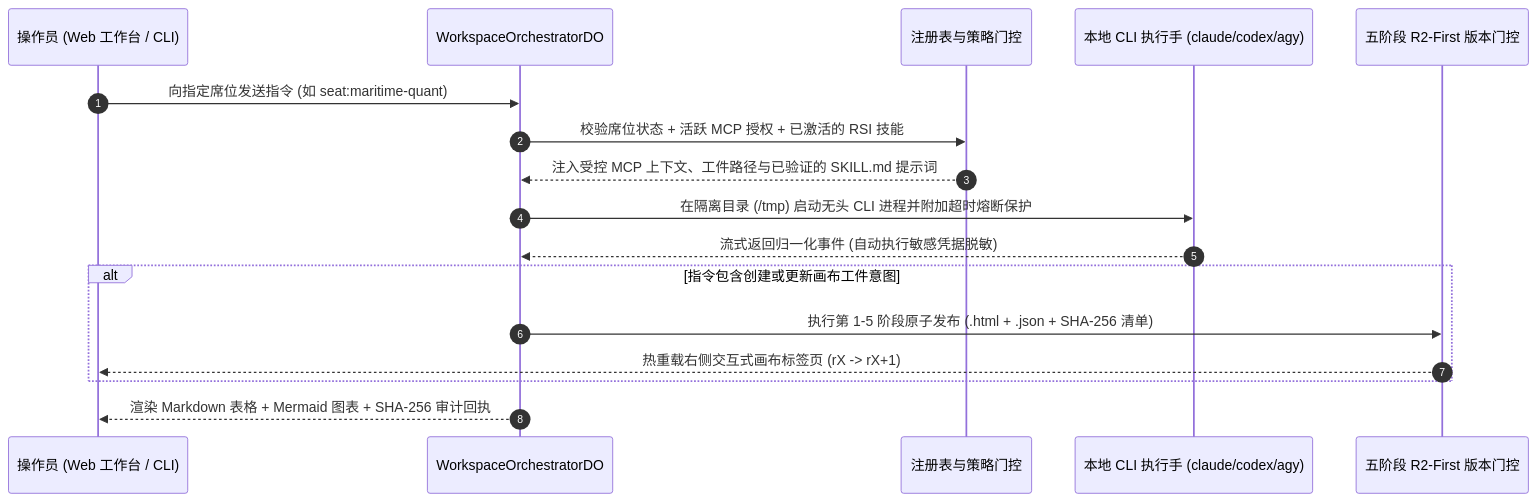
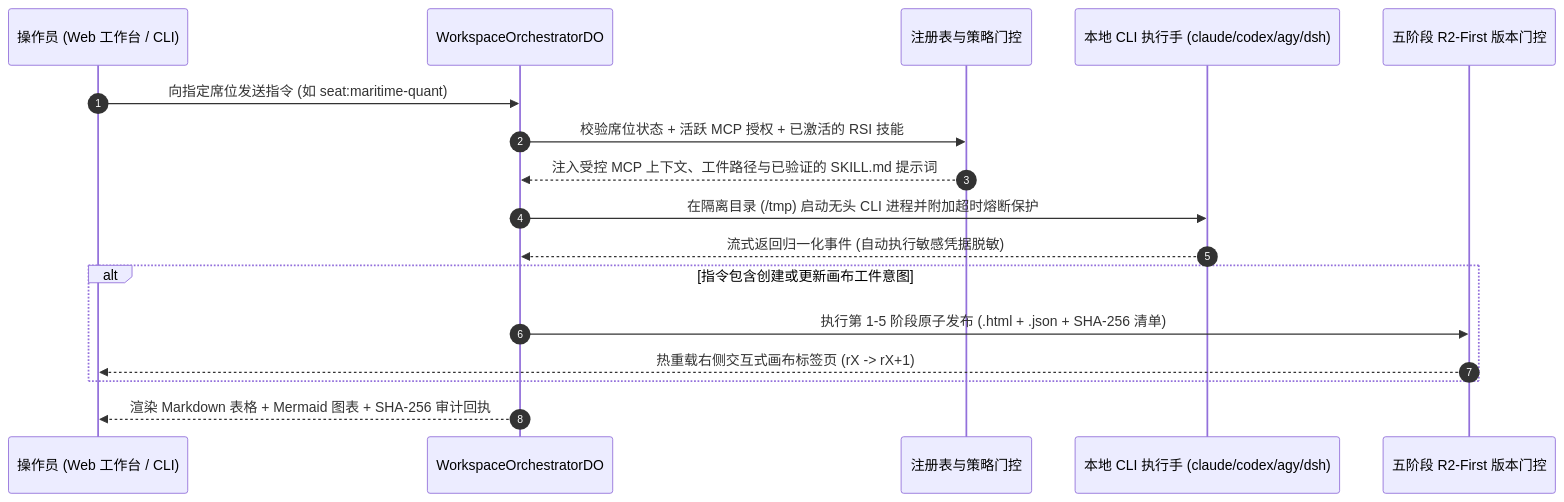
The diagram in docs/zh-CN/ARCHITECTURE.md (dmquant/archonos-pub), drawn with Mermaid before and after one commit. The commit also changed other lines of this file and 9 other files, not shown here.

````diff
--- a/docs/zh-CN/ARCHITECTURE.md
+++ b/docs/zh-CN/ARCHITECTURE.md
@@ -11,20 +11,20 @@
 ```mermaid
 sequenceDiagram
   autonumber
   participant Op as 操作员 (Web 工作台 / CLI)
   participant DO as WorkspaceOrchestratorDO
   participant Gate as 注册表与策略门控
-  participant Hand as 本地 CLI 执行手 (claude/codex/agy)
+  participant Hand as 本地 CLI 执行手 (claude/codex/agy/dsh)
   participant Canvas as 五阶段 R2-First 版本门控
 
   Op->>DO: 向指定席位发送指令 (如 seat:maritime-quant)
   DO->>Gate: 校验席位状态 + 活跃 MCP 授权 + 已激活的 RSI 技能
   Gate-->>DO: 注入受控 MCP 上下文、工件路径与已验证的 SKILL.md 提示词
   DO->>Hand: 在隔离目录 (/tmp) 启动无头 CLI 进程并附加超时熔断保护
   Hand-->>DO: 流式返回归一化事件 (自动执行敏感凭据脱敏)
   alt 指令包含创建或更新画布工件意图
     DO->>Canvas: 执行第 1-5 阶段原子发布 (.html + .json + SHA-256 清单)
     Canvas-->>Op: 热重载右侧交互式画布标签页 (rX -> rX+1)
   end
   DO-->>Op: 渲染 Markdown 表格 + Mermaid 图表 + SHA-256 审计回执
 ```
````
